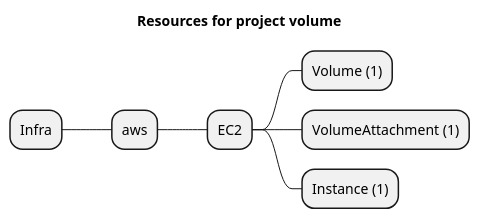
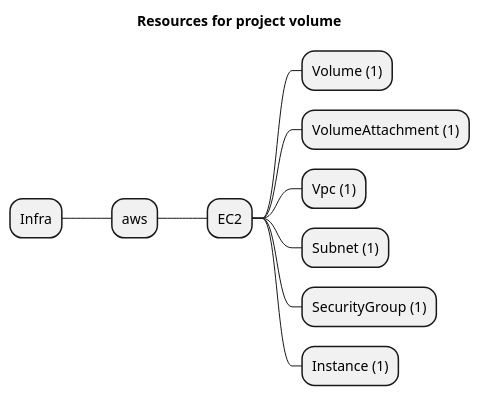
Before and after one commit to grucloud/grucloud: the diagram in examples/aws/EC2/volume/artifacts/resources-mindmap.puml, drawn with PlantUML. The commit also changed 52 other files, not shown here.

```diff
--- a/examples/aws/EC2/volume/artifacts/resources-mindmap.puml
+++ b/examples/aws/EC2/volume/artifacts/resources-mindmap.puml
@@ -1,10 +1,13 @@
 @startmindmap
 title Resources for project volume
 skinparam monochrome true
 + Infra
 ++ aws
 +++ EC2
 ++++ Volume (1)
 ++++ VolumeAttachment (1)
+++++ Vpc (1)
+++++ Subnet (1)
+++++ SecurityGroup (1)
 ++++ Instance (1)
 @endmindmap
```
